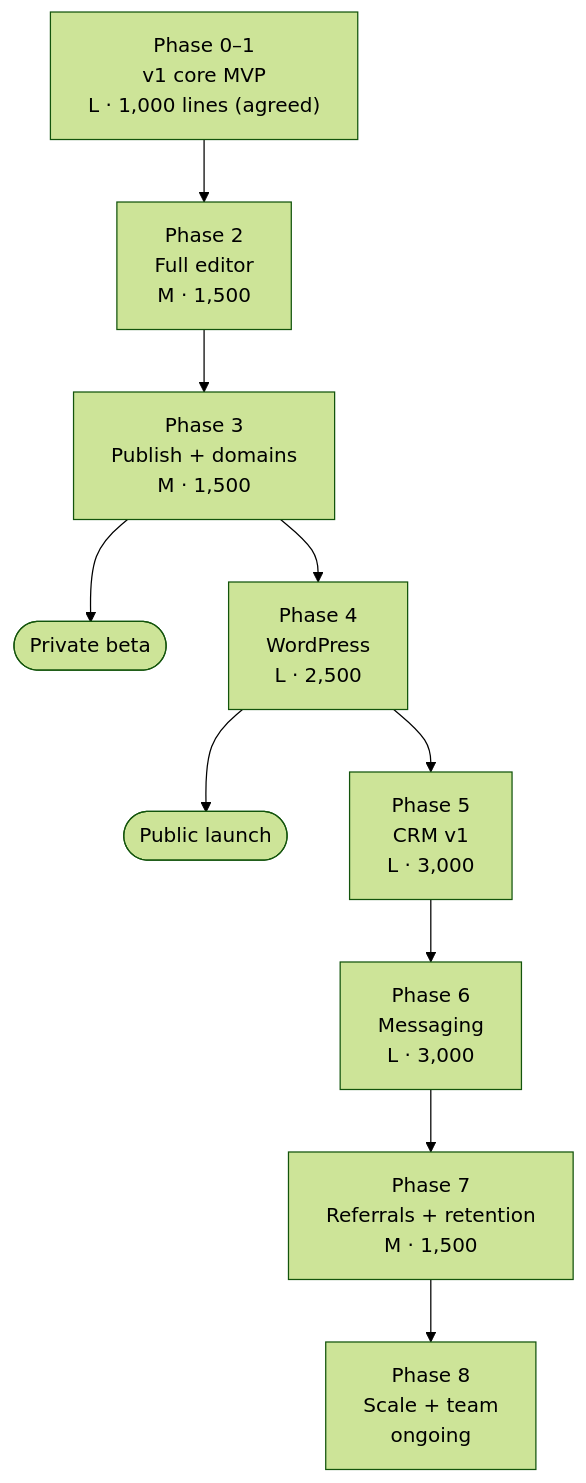
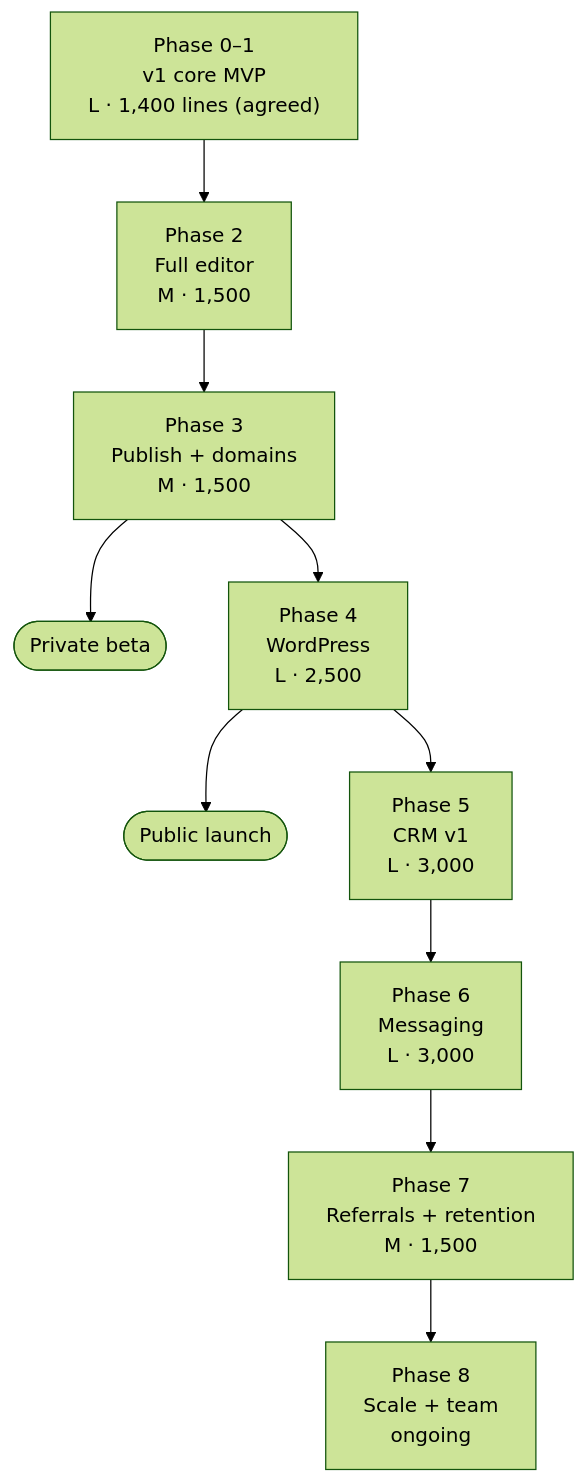
The fourth of 4 diagrams in docs/PLAN.md (Tami-vibe/pandino), drawn with Mermaid (forest theme) before and after one commit. The commit also changed other lines of this file and 47 other files, not shown here.

````diff
--- a/docs/PLAN.md
+++ b/docs/PLAN.md
@@ -334,12 +334,12 @@
 ```mermaid
 flowchart TB
-  P01["Phase 0–1<br/>v1 core MVP<br/>L · 1,000 lines (agreed)"] --> P2["Phase 2<br/>Full editor<br/>M · 1,500"]
+  P01["Phase 0–1<br/>v1 core MVP<br/>L · 1,400 lines (agreed)"] --> P2["Phase 2<br/>Full editor<br/>M · 1,500"]
   P2 --> P3["Phase 3<br/>Publish + domains<br/>M · 1,500"]
   P3 --> B(["Private beta"])
   P3 --> P4["Phase 4<br/>WordPress<br/>L · 2,500"]
   P4 --> L(["Public launch"])
   P4 --> P5["Phase 5<br/>CRM v1<br/>L · 3,000"]
   P5 --> P6["Phase 6<br/>Messaging<br/>L · 3,000"]
   P6 --> P7["Phase 7<br/>Referrals + retention<br/>M · 1,500"]
   P7 --> P8["Phase 8<br/>Scale + team<br/>ongoing"]
 ```
````
